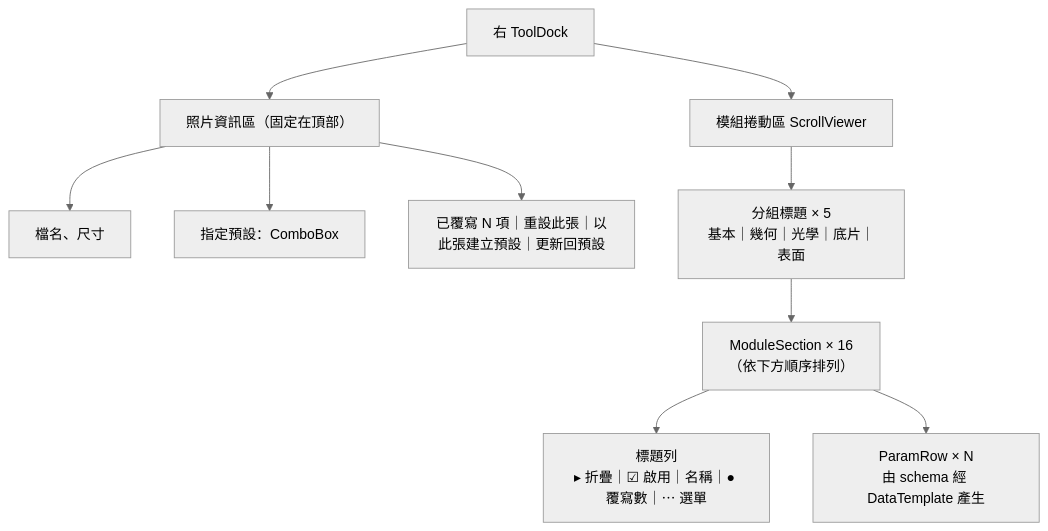
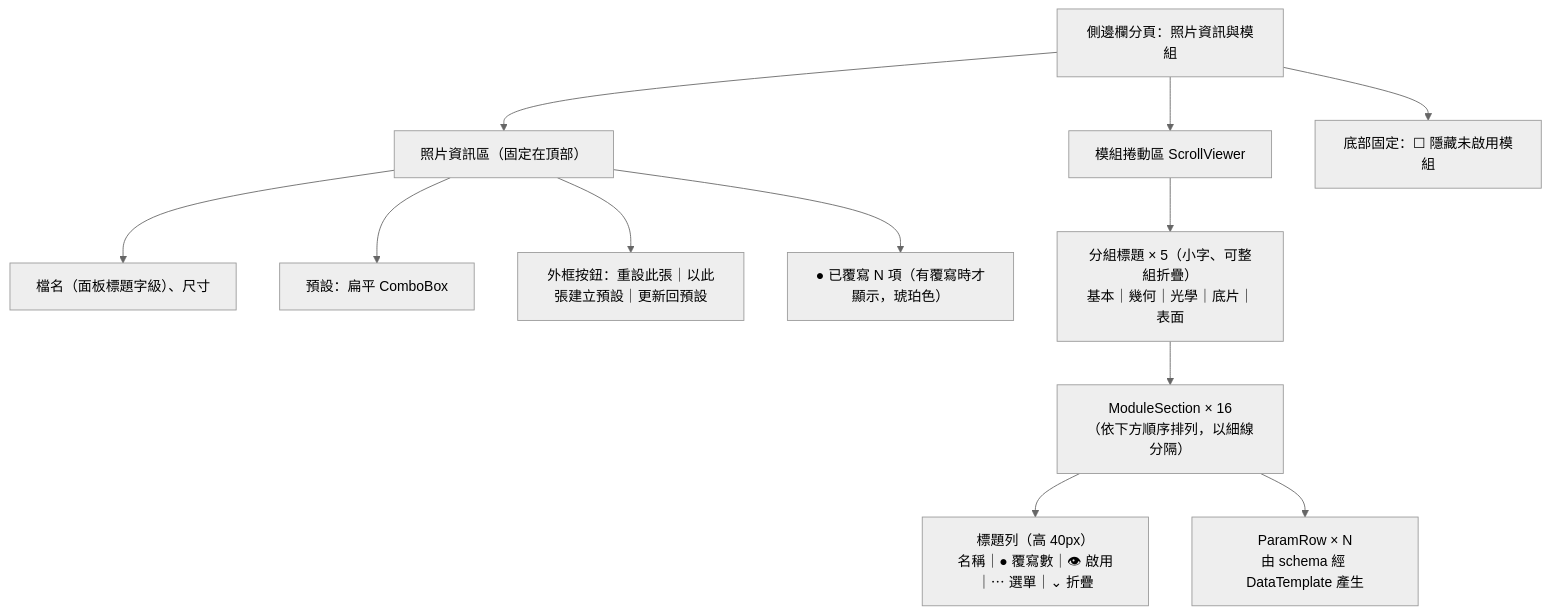
Before and after one commit to minexo79/FilmBatch: the fourth of 24 diagrams in plan.md, drawn with Mermaid (neutral theme). The commit also changed other lines of this file, not shown here.

````diff
--- a/plan.md
+++ b/plan.md
@@ -301,12 +350,14 @@
 ```mermaid
 flowchart TB
-    RP["右 ToolDock"] --> INFO["照片資訊區（固定在頂部）"]
-    INFO --> I1["檔名、尺寸"]
-    INFO --> I2["指定預設：ComboBox"]
-    INFO --> I3["已覆寫 N 項｜重設此張｜以此張建立預設｜更新回預設"]
+    RP["側邊欄分頁：照片資訊與模組"] --> INFO["照片資訊區（固定在頂部）"]
+    INFO --> I1["檔名（面板標題字級）、尺寸"]
+    INFO --> I2["預設：扁平 ComboBox"]
+    INFO --> I3["外框按鈕：重設此張｜以此張建立預設｜更新回預設"]
+    INFO --> I4["● 已覆寫 N 項（有覆寫時才顯示，琥珀色）"]
     RP --> SC["模組捲動區 ScrollViewer"]
-    SC --> GH["分組標題 × 5<br/>基本｜幾何｜光學｜底片｜表面"]
-    GH --> MS["ModuleSection × 16<br/>（依下方順序排列）"]
-    MS --> H["標題列<br/>▸ 折疊｜☑ 啟用｜名稱｜● 覆寫數｜⋯ 選單"]
+    SC --> GH["分組標題 × 5（小字、可整組折疊）<br/>基本｜幾何｜光學｜底片｜表面"]
+    GH --> MS["ModuleSection × 16<br/>（依下方順序排列，以細線分隔）"]
+    MS --> H["標題列（高 40px）<br/>名稱｜● 覆寫數｜👁 啟用｜⋯ 選單｜⌄ 折疊"]
     MS --> ROWS["ParamRow × N<br/>由 schema 經 DataTemplate 產生"]
+    RP --> FT["底部固定：☐ 隱藏未啟用模組"]
 ```
````
